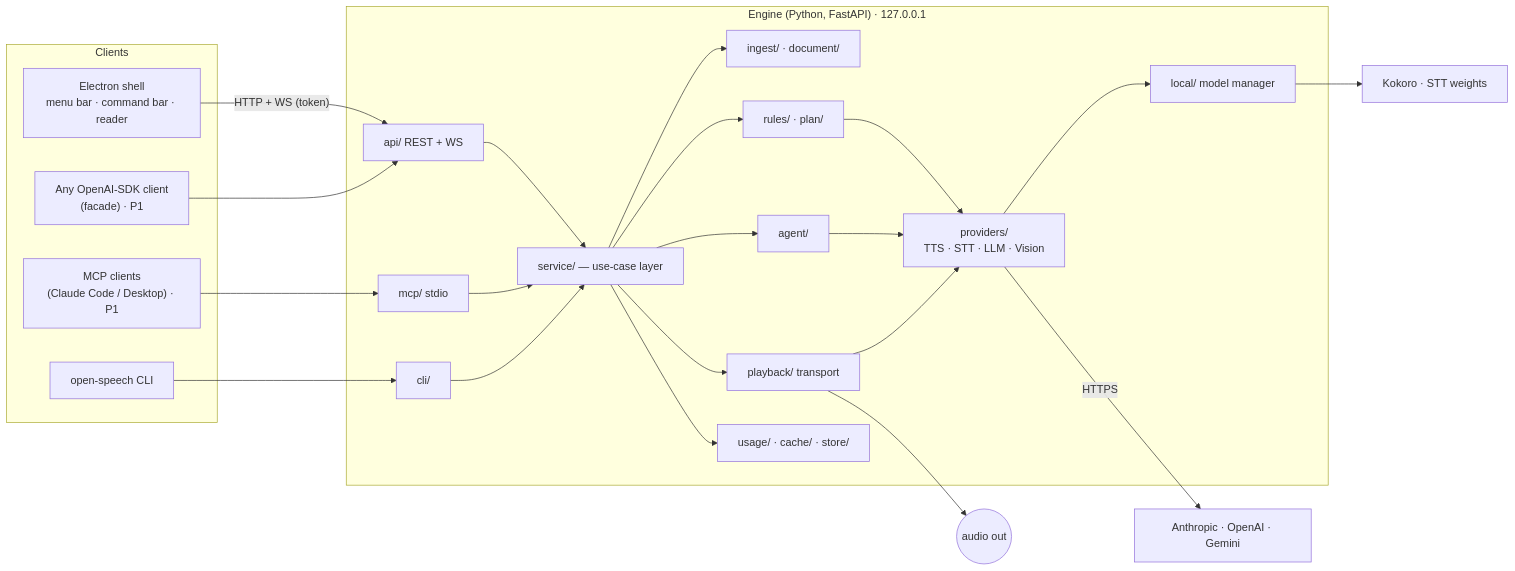
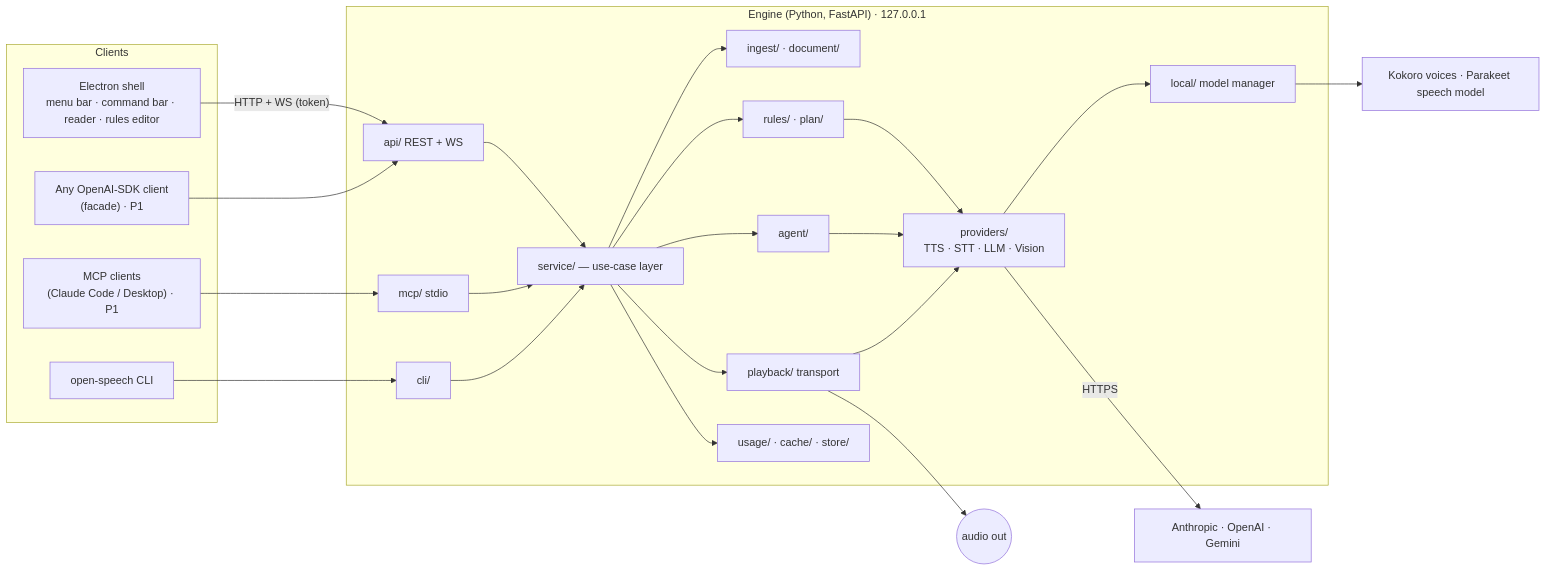
Before and after one commit to imjwang/open-speech: the diagram in docs/03-architecture.md, drawn with Mermaid. The commit also changed other lines of this file and 193 other files, not shown here.

````diff
--- a/docs/03-architecture.md
+++ b/docs/03-architecture.md
@@ -7,34 +7,34 @@
 ```mermaid
 flowchart LR
   subgraph Clients
-    Shell["Electron shell<br/>menu bar · command bar · reader"]
+    Shell["Electron shell<br/>menu bar · command bar · reader · rules editor"]
     CLI["open-speech CLI"]
     MCP["MCP clients<br/>(Claude Code / Desktop) · P1"]
     OAI["Any OpenAI-SDK client<br/>(facade) · P1"]
   end
   subgraph Engine["Engine (Python, FastAPI) · 127.0.0.1"]
     API["api/ REST + WS"]
     MCPS["mcp/ stdio"]
     CLIS["cli/"]
     SVC["service/ — use-case layer"]
     API --> SVC
     MCPS --> SVC
     CLIS --> SVC
     SVC --> ING["ingest/ · document/"]
     SVC --> RUL["rules/ · plan/"]
     SVC --> AGT["agent/"]
     SVC --> PLY["playback/ transport"]
     SVC --> USG["usage/ · cache/ · store/"]
     RUL --> PRV
     AGT --> PRV
     PLY --> PRV["providers/<br/>TTS · STT · LLM · Vision"]
     PRV --> LOC["local/ model manager"]
   end
   Shell -- "HTTP + WS (token)" --> API
   CLI --> CLIS
   MCP --> MCPS
   OAI --> API
   PRV -- HTTPS --> Cloud["Anthropic · OpenAI · Gemini"]
-  LOC --> Weights["Kokoro · STT weights"]
+  LOC --> Weights["Kokoro voices · Parakeet speech model"]
   PLY --> Speakers(("audio out"))
 ```
````
